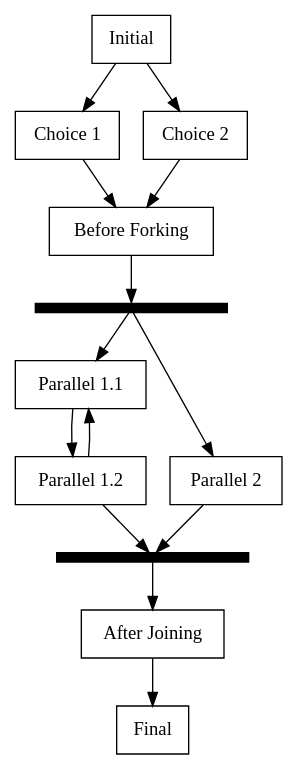
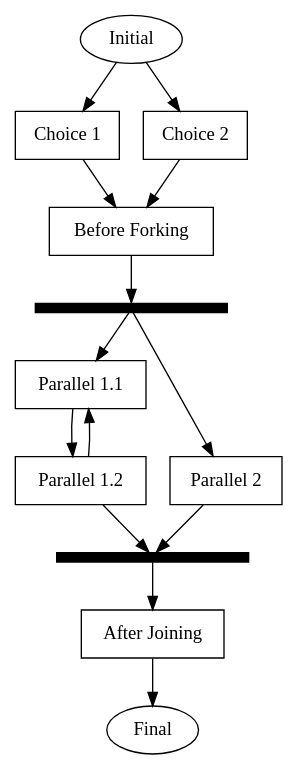
One commit to emden-norfolk/fountainedge changed the diagram in images/test6.dot. Above: the diagram before and after it, drawn with Graphviz. The commit also changed 11 other files, not shown here.

Commit message:
Oval for initial and final states.

```diff
--- a/images/test6.dot
+++ b/images/test6.dot
@@ -1,29 +1,29 @@
 digraph G {
 
-  v0 [label="Initial",id="1",shape="box"]
-  v1 [label="Choice 1",id="2",shape="box"]
-  v2 [label="Choice 2",id="3",shape="box"]
-  v3 [label="Before Forking",id="4",shape="box"]
+  v0 [label="Initial",id="1",shape="oval",color="black"]
+  v1 [label="Choice 1",id="2",shape="box",color="black"]
+  v2 [label="Choice 2",id="3",shape="box",color="black"]
+  v3 [label="Before Forking",id="4",shape="box",color="black"]
   v4 [label="",id="5",shape="box",style="filled",fillcolor="black",height="0.1",width="2",fixedsize="true"]
-  v5 [label="Parallel 1.1",id="6",shape="box"]
-  v6 [label="Parallel 1.2",id="7",shape="box"]
-  v7 [label="Parallel 2",id="8",shape="box"]
+  v5 [label="Parallel 1.1",id="6",shape="box",color="black"]
+  v6 [label="Parallel 1.2",id="7",shape="box",color="black"]
+  v7 [label="Parallel 2",id="8",shape="box",color="black"]
   v8 [label="",id="9",shape="box",style="filled",fillcolor="black",height="0.1",width="2",fixedsize="true"]
-  v9 [label="After Joining",id="10",shape="box"]
-  v10 [label="Final",id="11",shape="box"]
+  v9 [label="After Joining",id="10",shape="box",color="black"]
+  v10 [label="Final",id="11",shape="oval",color="black"]
 
   v0 -> v1
   v0 -> v2
   v1 -> v3
   v2 -> v3
   v3 -> v4
   v4 -> v5
   v4 -> v7
   v5 -> v6
   v6 -> v5
   v6 -> v8
   v7 -> v8
   v8 -> v9
   v9 -> v10
 
 }
```
